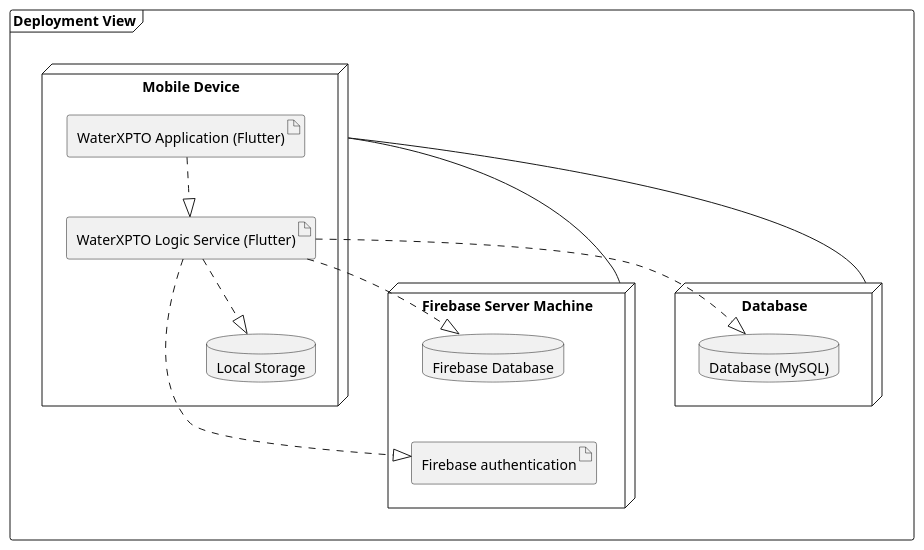
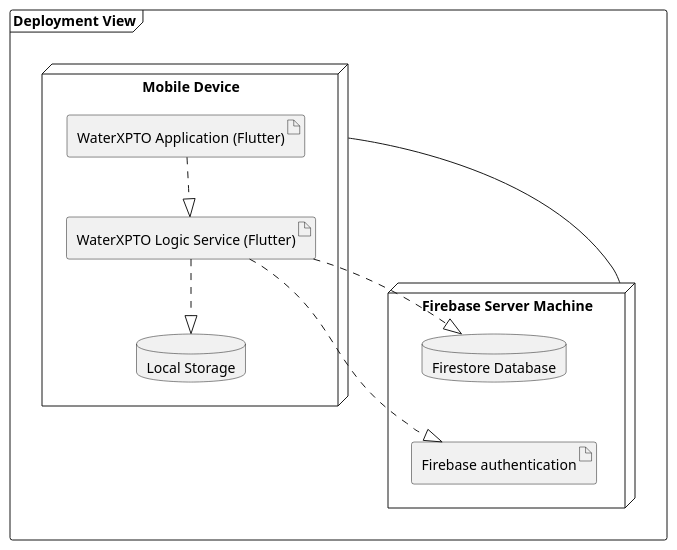
The diagram in Docs/deploymentDiagram.plantuml (FEUP-LEIC-ES-2023-24/WaterXPTO), drawn with PlantUML before and after one commit. The commit also changed 136 other files, not shown here.

```diff
--- a/Docs/deploymentDiagram.plantuml
+++ b/Docs/deploymentDiagram.plantuml
@@ -1,33 +1,28 @@
 @startuml
 
 
 frame "Deployment View" {
 
   node "Firebase Server Machine" as firebase{
-    database "Firebase Database" as firebasedb
+    database "Firestore Database" as firebasedb
     artifact "Firebase authentication" as firebaseauth
-  }
-
-  node "Database" as database{
-    database "Database (MySQL)" as db
   }
 
 
   node "Mobile Device" as smartphone{
     artifact "WaterXPTO Application (Flutter)" as gui
     artifact "WaterXPTO Logic Service (Flutter)" as logic
     database "Local Storage" as local
   }
 }
 
-smartphone -- database
+
 smartphone -- firebase
 gui -[dashed]-|> logic
 logic -[dashed]-|>local
 logic -[dashed]-|>firebasedb
 logic -[dashed]-|>firebaseauth
-logic -[dashed]-|>db
 
 firebasedb -[hidden]- firebaseauth
 
 @enduml
```
